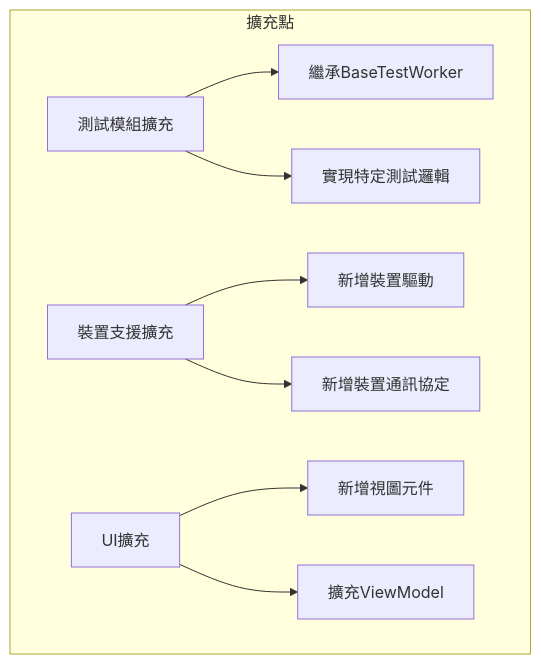
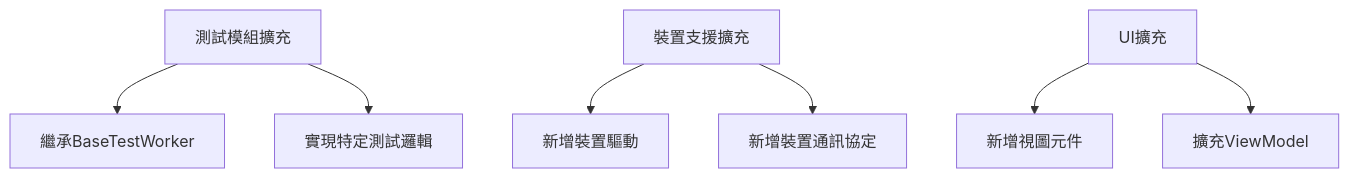
The eighth of 9 diagrams in orion_developer_document.md (MingYuan-Chen/orion_v2), drawn with Mermaid before and after one commit. The commit also changed other lines of this file, not shown here.

Commit message:
update developer document - flow chart display

````diff
--- a/orion_developer_document.md
+++ b/orion_developer_document.md
@@ -340,13 +337,13 @@
 ```mermaid
 graph TD
-    subgraph "擴充點"
-        A[測試模組擴充] --> A1[繼承BaseTestWorker]
-        A --> A2[實現特定測試邏輯]
-        
-        B[裝置支援擴充] --> B1[新增裝置驅動]
-        B --> B2[新增裝置通訊協定]
-        
-        C[UI擴充] --> C1[新增視圖元件]
-        C --> C2[擴充ViewModel]
-    end
+    A[測試模組擴充]
+    B[裝置支援擴充]
+    C[UI擴充]
+    
+    A --> A1[繼承BaseTestWorker]
+    A --> A2[實現特定測試邏輯]
+    B --> B1[新增裝置驅動]
+    B --> B2[新增裝置通訊協定]
+    C --> C1[新增視圖元件]
+    C --> C2[擴充ViewModel]
 ```
````
